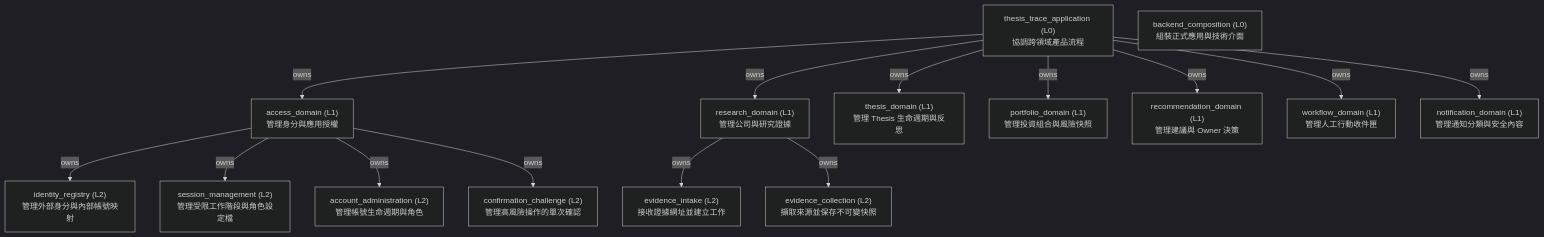
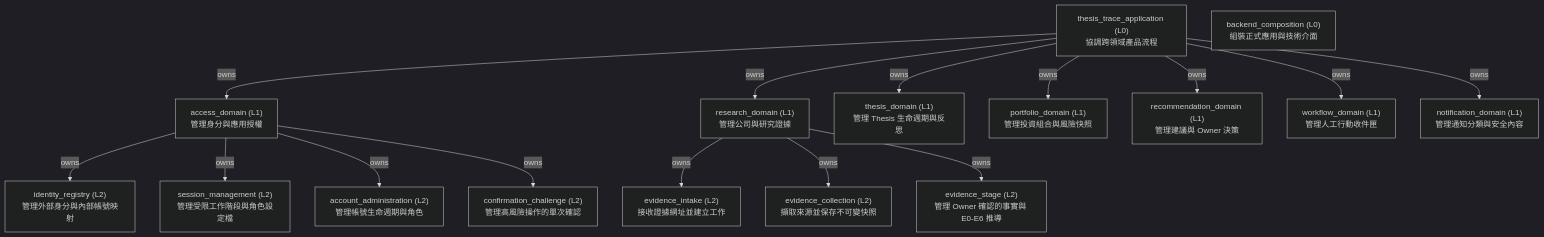
One commit to ShinWeiPeng/thesis-trace changed the first of 2 diagrams in architecture/ARCHITECTURE.md. Above: the diagram before and after it, drawn with Mermaid (dark theme). The commit also changed other lines of this file and 40 other files, not shown here.

Commit message:
Implement owner-confirmed E-stage

````diff
--- a/architecture/ARCHITECTURE.md
+++ b/architecture/ARCHITECTURE.md
@@ -17,31 +17,33 @@
 ```mermaid
 flowchart TD
     n_thesis_trace_application["thesis_trace_application (L0)<br/>協調跨領域產品流程"]
     n_backend_composition["backend_composition (L0)<br/>組裝正式應用與技術介面"]
     n_access_domain["access_domain (L1)<br/>管理身分與應用授權"]
     n_research_domain["research_domain (L1)<br/>管理公司與研究證據"]
     n_evidence_intake["evidence_intake (L2)<br/>接收證據網址並建立工作"]
     n_evidence_collection["evidence_collection (L2)<br/>擷取來源並保存不可變快照"]
+    n_evidence_stage["evidence_stage (L2)<br/>管理 Owner 確認的事實與 E0-E6 推導"]
     n_thesis_domain["thesis_domain (L1)<br/>管理 Thesis 生命週期與反思"]
     n_portfolio_domain["portfolio_domain (L1)<br/>管理投資組合與風險快照"]
     n_recommendation_domain["recommendation_domain (L1)<br/>管理建議與 Owner 決策"]
     n_workflow_domain["workflow_domain (L1)<br/>管理人工行動收件匣"]
     n_notification_domain["notification_domain (L1)<br/>管理通知分類與安全內容"]
     n_identity_registry["identity_registry (L2)<br/>管理外部身分與內部帳號映射"]
     n_session_management["session_management (L2)<br/>管理受限工作階段與角色設定檔"]
     n_account_administration["account_administration (L2)<br/>管理帳號生命週期與角色"]
     n_confirmation_challenge["confirmation_challenge (L2)<br/>管理高風險操作的單次確認"]
     n_thesis_trace_application -->|owns| n_access_domain
     n_thesis_trace_application -->|owns| n_research_domain
     n_research_domain -->|owns| n_evidence_intake
     n_research_domain -->|owns| n_evidence_collection
+    n_research_domain -->|owns| n_evidence_stage
     n_thesis_trace_application -->|owns| n_thesis_domain
     n_thesis_trace_application -->|owns| n_portfolio_domain
     n_thesis_trace_application -->|owns| n_recommendation_domain
     n_thesis_trace_application -->|owns| n_workflow_domain
     n_thesis_trace_application -->|owns| n_notification_domain
     n_access_domain -->|owns| n_identity_registry
     n_access_domain -->|owns| n_session_management
     n_access_domain -->|owns| n_account_administration
     n_access_domain -->|owns| n_confirmation_challenge
 ```
````
